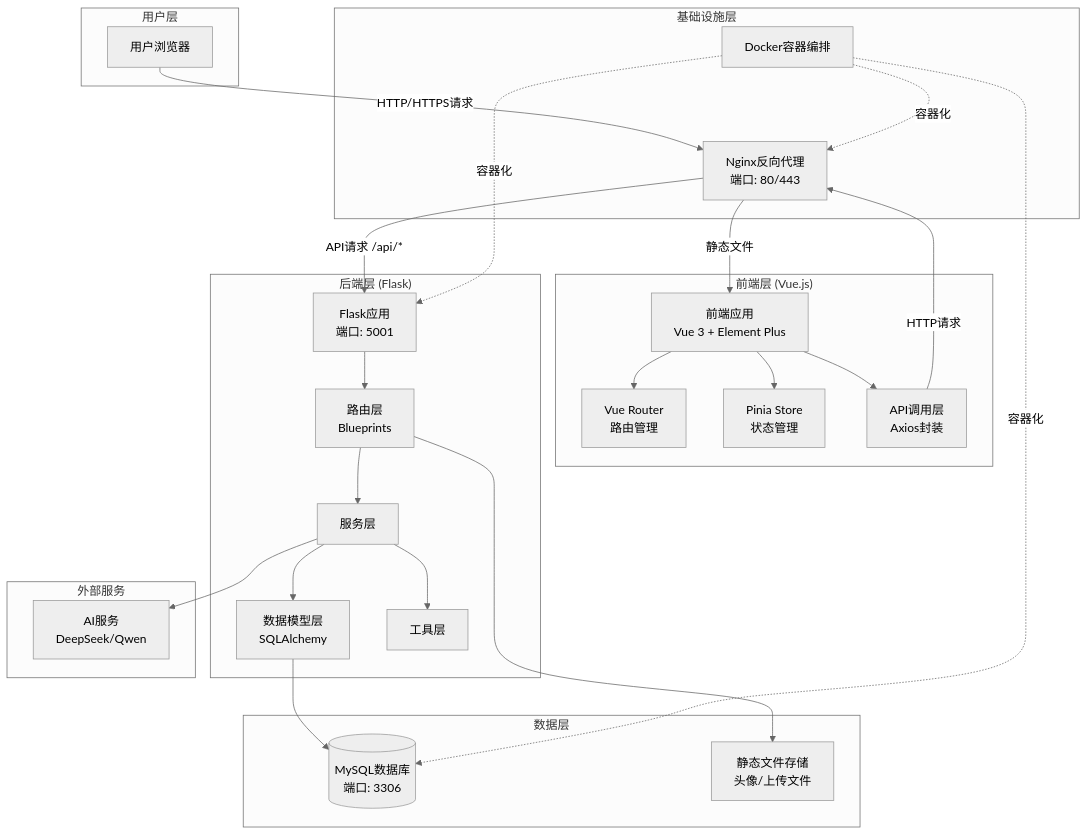
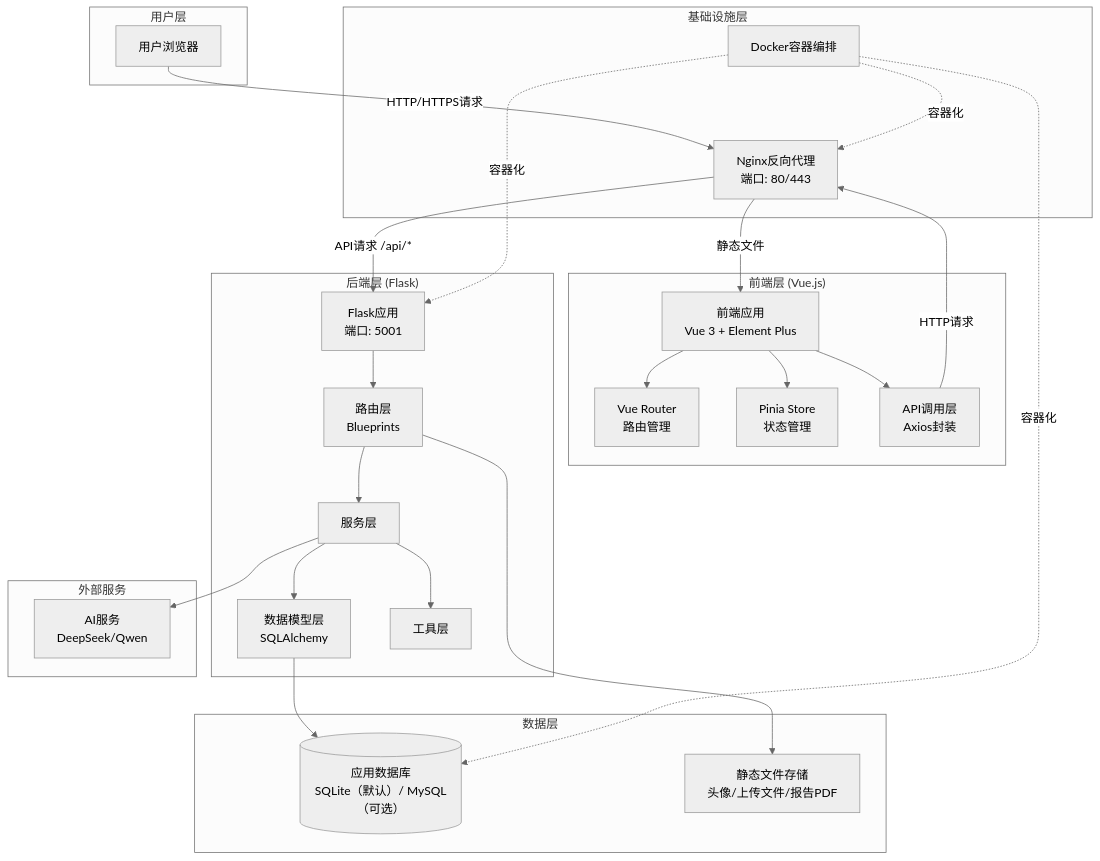
Before and after one commit to junyiPayne/-: the first of 8 diagrams in 项目结构图.md, drawn with Mermaid (neutral theme). The commit also changed 2 other files, not shown here.

Commit message:
整理启动脚本说明与项目结构文档

````diff
--- a/项目结构图.md
+++ b/项目结构图.md
@@ -5,56 +5,56 @@
 ```mermaid
 graph TB
     subgraph UserLayer["用户层"]
         User["用户浏览器"]
     end
     
     subgraph InfraLayer["基础设施层"]
         Nginx["Nginx反向代理<br/>端口: 80/443"]
         Docker["Docker容器编排"]
     end
     
     subgraph FrontendLayer["前端层 (Vue.js)"]
         Frontend["前端应用<br/>Vue 3 + Element Plus"]
         Router["Vue Router<br/>路由管理"]
         Store["Pinia Store<br/>状态管理"]
         API["API调用层<br/>Axios封装"]
     end
     
     subgraph BackendLayer["后端层 (Flask)"]
         Flask["Flask应用<br/>端口: 5001"]
         Routes["路由层<br/>Blueprints"]
         Services["服务层"]
         Models["数据模型层<br/>SQLAlchemy"]
         Utils["工具层"]
     end
     
     subgraph DataLayer["数据层"]
-        DB[("MySQL数据库<br/>端口: 3306")]
-        Static["静态文件存储<br/>头像/上传文件"]
+        DB[("应用数据库<br/>SQLite（默认）/ MySQL（可选）")]
+        Static["静态文件存储<br/>头像/上传文件/报告PDF"]
     end
     
     subgraph ExternalLayer["外部服务"]
         AIService["AI服务<br/>DeepSeek/Qwen"]
     end
     
     User -->|"HTTP/HTTPS请求"| Nginx
     Nginx -->|"静态文件"| Frontend
     Nginx -->|"API请求 /api/*"| Flask
     
     Frontend --> Router
     Frontend --> Store
     Frontend --> API
     API -->|"HTTP请求"| Nginx
     
     Flask --> Routes
     Routes --> Services
     Services --> Models
     Services --> Utils
     Services --> AIService
     Models --> DB
     Routes --> Static
     
     Docker -.->|"容器化"| Nginx
     Docker -.->|"容器化"| Flask
     Docker -.->|"容器化"| DB
 ```
````
